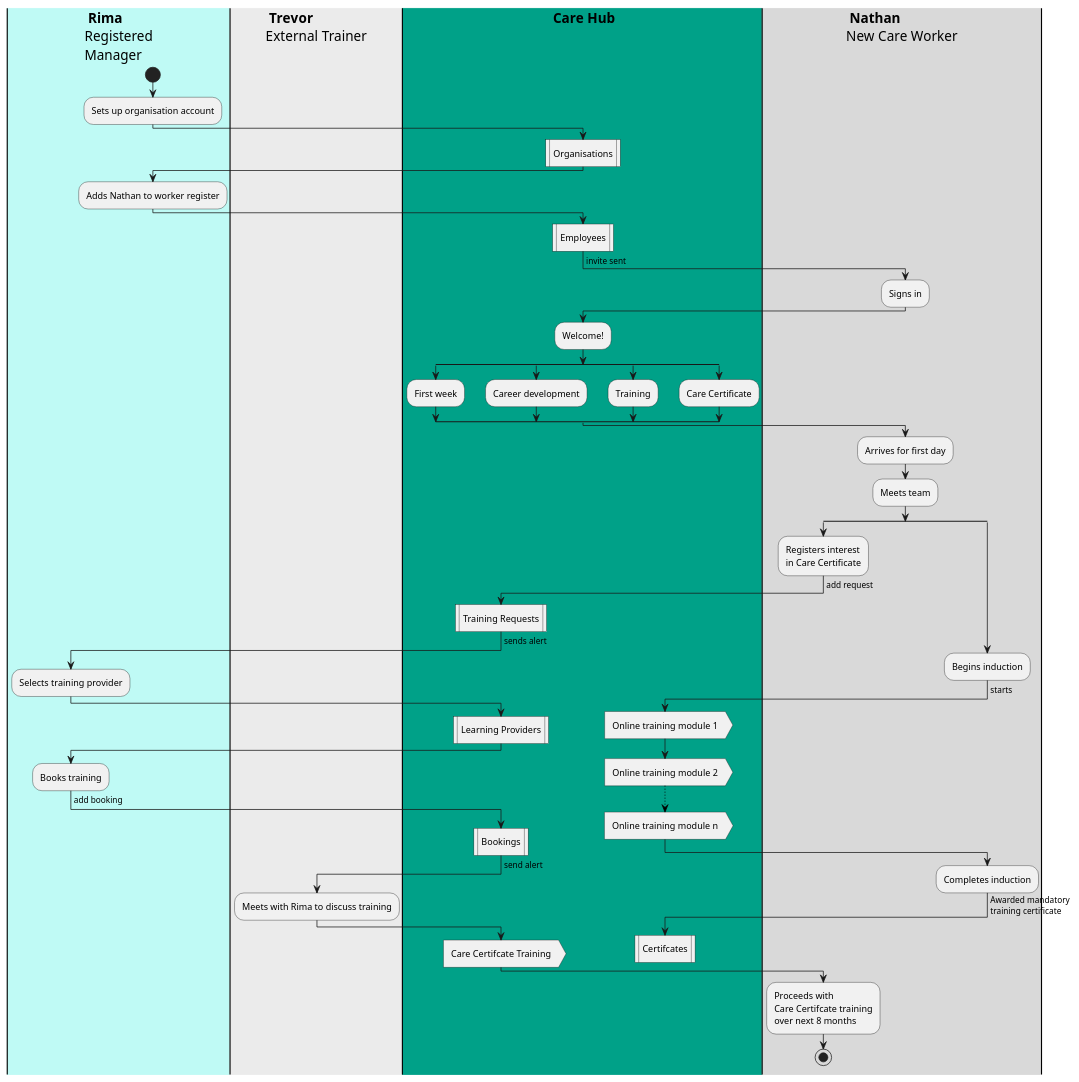
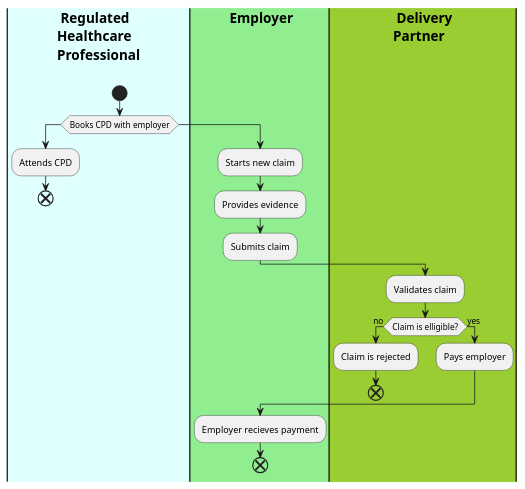
The diagram in adult-social-care-workforce/ascw-cpd-funding-process.puml (nhsx/dt-public), drawn with PlantUML before and after one commit. The commit also changed 4 other files, not shown here.

Commit message:
Update file(s) "/." from "nhsx/dt-architecture"

```diff
--- a/adult-social-care-workforce/ascw-cpd-funding-process.puml
+++ b/adult-social-care-workforce/ascw-cpd-funding-process.puml
@@ -1,72 +1,30 @@
-@startuml ccv2-user-journey
-|#BFFAF5|S1| <b>Rima\nRegistered\nManager 
-|#EBEBEB|S4| <b>Trevor\nExternal Trainer
-|#00A188|S2| <b>Care Hub
-|#D9D9D9|S3| <b>Nathan\nNew Care Worker
+@startuml ascw-cpd-funding-process
+|#LightCyan|S1| <b>Regulated\n<b>Healthcare\n<b>Professional\n 
+|#LightGreen|S2| <b>Employer 
+|#YellowGreen|S3| <b>Delivery\n<b>Partner 
 |S1|
 start
-:Sets up organisation account;
-|S2|
-:Organisations|
-|S1|
-:Adds Nathan to worker register;
-|S2|
-:Employees|
-|S3|
--> invite sent;
-:Signs in; 
-|S2|
-:Welcome!;
-split
-   :First week;
-split again
-   :Career development;
-split again
-   :Training;
-split again
-   :Care Certificate;
-end split
-|S3|
-:Arrives for first day;
-:Meets team;
-split
-  :Registers interest\nin Care Certificate;
+if (Books CPD with employer) then
+  :Attends CPD;
+  end
+else
   |S2|
-  -> add request;
-  :Training Requests|
-  -> sends alert;
-  |S1|
-  :Selects training provider;
+  :Starts new claim;
+  :Provides evidence;
+  :Submits claim;
+  |S3|
+  :Validates claim;
+  if (Claim is elligible?) then (no)
+      :Claim is rejected;
+      
+    end
+
+  else (yes)
+    :Pays employer;
+  endif
   |S2|
-  :Learning Providers|
-  |S1|
-  :Books training;
-  |S2|
-  -> add booking;
-  :Bookings|
-  |S4|
-  -> send alert;
-  :Meets with Rima to discuss training;
-  |S2|
-  :Care Certifcate Training>
-  |S3|
-  :Proceeds with\nCare Certifcate training\nover next 8 months;
-  stop
-split again
-  |S3|
-  :Begins induction;
-  |S2|
-  -> starts;
-  :Online training module 1>
-  :Online training module 2>
-  -[#black,dotted]->;
-  :Online training module n>
-  |S3|
-  :Completes induction;
-  -> Awarded mandatory\ntraining certificate;
-  |S2|
-  :Certifcates|
-  kill
-end split
+  :Employer recieves payment;
+  end  
+endif
 
 @enduml
```
